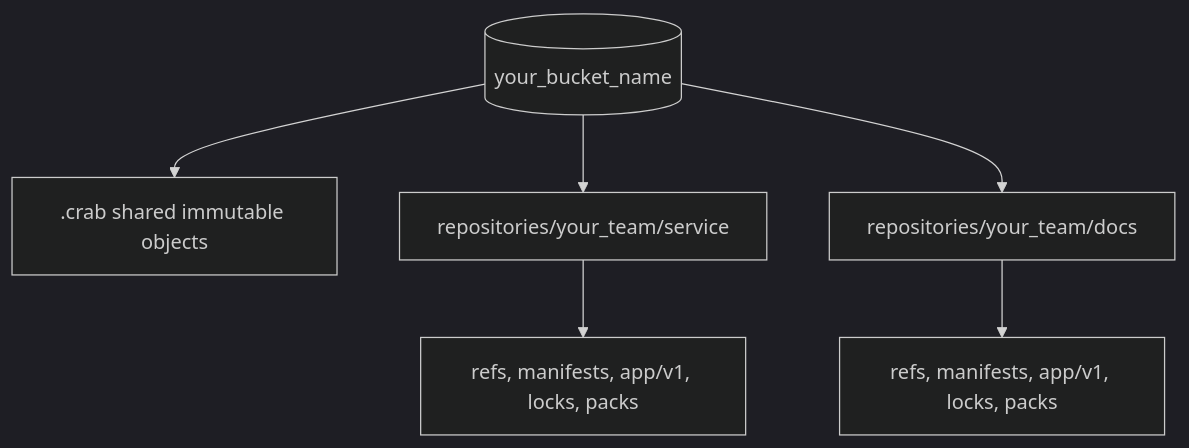
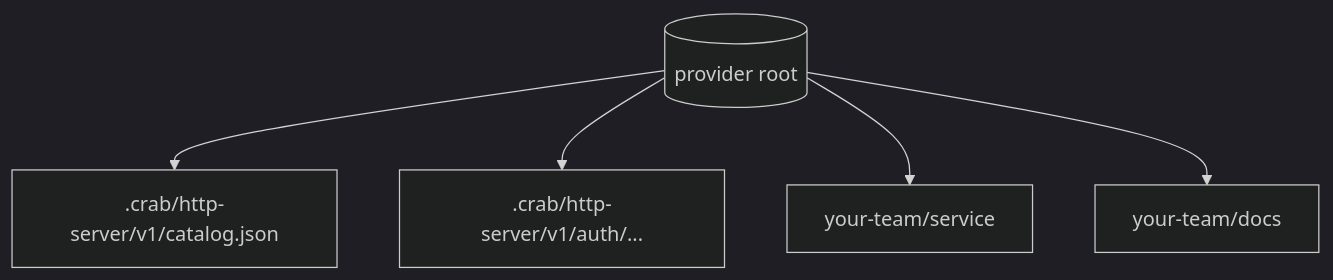
Before and after one commit to crabbuild/crab: the third of 6 diagrams in crates/crab-http-server/REFERENCE.md, drawn with Mermaid (dark theme). The commit also changed other lines of this file and 56 other files, not shown here.

Commit message:
feat(http-server): add durable multi-cloud deployment (#187)

````diff
--- a/crates/crab-http-server/REFERENCE.md
+++ b/crates/crab-http-server/REFERENCE.md
@@ -169,13 +145,12 @@
 ```mermaid
 flowchart TB
-    Bucket[(your_bucket_name)]
-    Shared[.crab shared immutable objects]
-    Service[repositories/your_team/service]
-    Docs[repositories/your_team/docs]
-    Mutable1[refs, manifests, app/v1, locks, packs]
-    Mutable2[refs, manifests, app/v1, locks, packs]
-
-    Bucket --> Shared
-    Bucket --> Service --> Mutable1
-    Bucket --> Docs --> Mutable2
+    Root[(provider root)]
+    Catalog[.crab/http-server/v1/catalog.json]
+    Auth[.crab/http-server/v1/auth/...]
+    Service[your-team/service]
+    Docs[your-team/docs]
+    Root --> Catalog
+    Root --> Auth
+    Root --> Service
+    Root --> Docs
 ```
````
